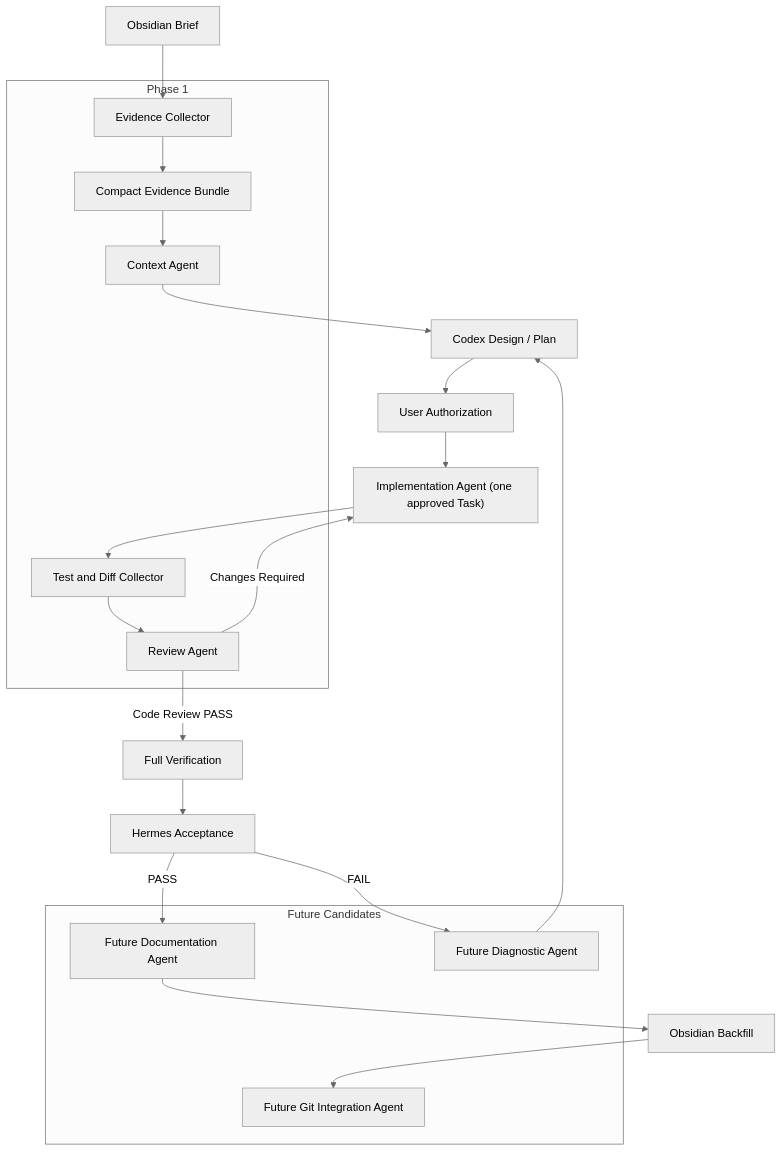
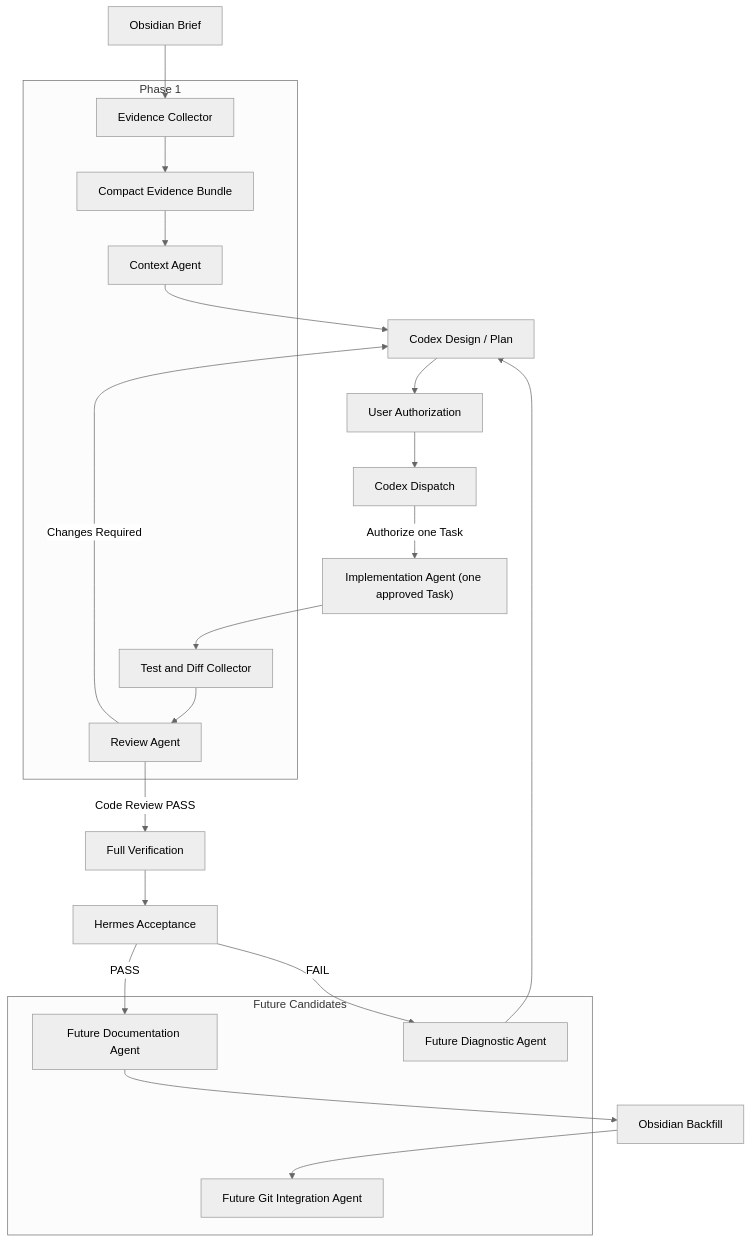
The diagram in docs/agents/NBS_AGENT_ARCHITECTURE.md (waitungchan-oss/nbs_analytics), drawn with Mermaid (neutral theme) before and after one commit. The commit also changed 2 other files, not shown here.

Commit message:
fix: align implementation agent governance

````diff
--- a/docs/agents/NBS_AGENT_ARCHITECTURE.md
+++ b/docs/agents/NBS_AGENT_ARCHITECTURE.md
@@ -57,33 +57,34 @@
 ```mermaid
 flowchart TD
     B["Obsidian Brief"] --> EC["Evidence Collector"]
     EC --> EB["Compact Evidence Bundle"]
     EB --> CA["Context Agent"]
     CA --> CP["Codex Design / Plan"]
     CP --> UA["User Authorization"]
-    UA --> IA["Implementation Agent (one approved Task)"]
+    UA --> CD["Codex Dispatch"]
+    CD -->|"Authorize one Task"| IA["Implementation Agent (one approved Task)"]
     IA --> TC["Test and Diff Collector"]
     TC --> RA["Review Agent"]
-    RA -->|"Changes Required"| IA
+    RA -->|"Changes Required"| CP
     RA -->|"Code Review PASS"| FV["Full Verification"]
     FV --> HA["Hermes Acceptance"]
     HA -->|"PASS"| DA["Future Documentation Agent"]
     DA --> OA["Obsidian Backfill"]
     OA --> GA["Future Git Integration Agent"]
     HA -->|"FAIL"| DG["Future Diagnostic Agent"]
     DG --> CP
 
     subgraph P1["Phase 1"]
       EC
       EB
       CA
       TC
       RA
     end
 
     subgraph FUTURE["Future Candidates"]
       DA
       DG
       GA
     end
 ```
````
